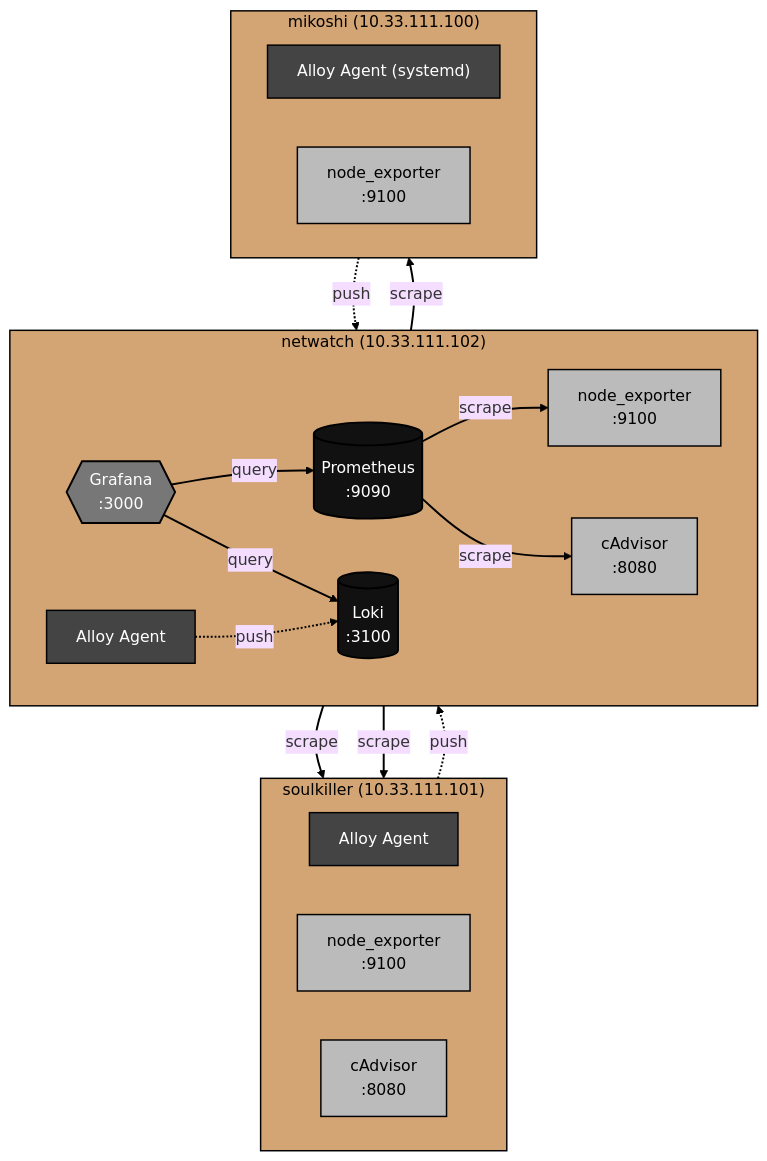
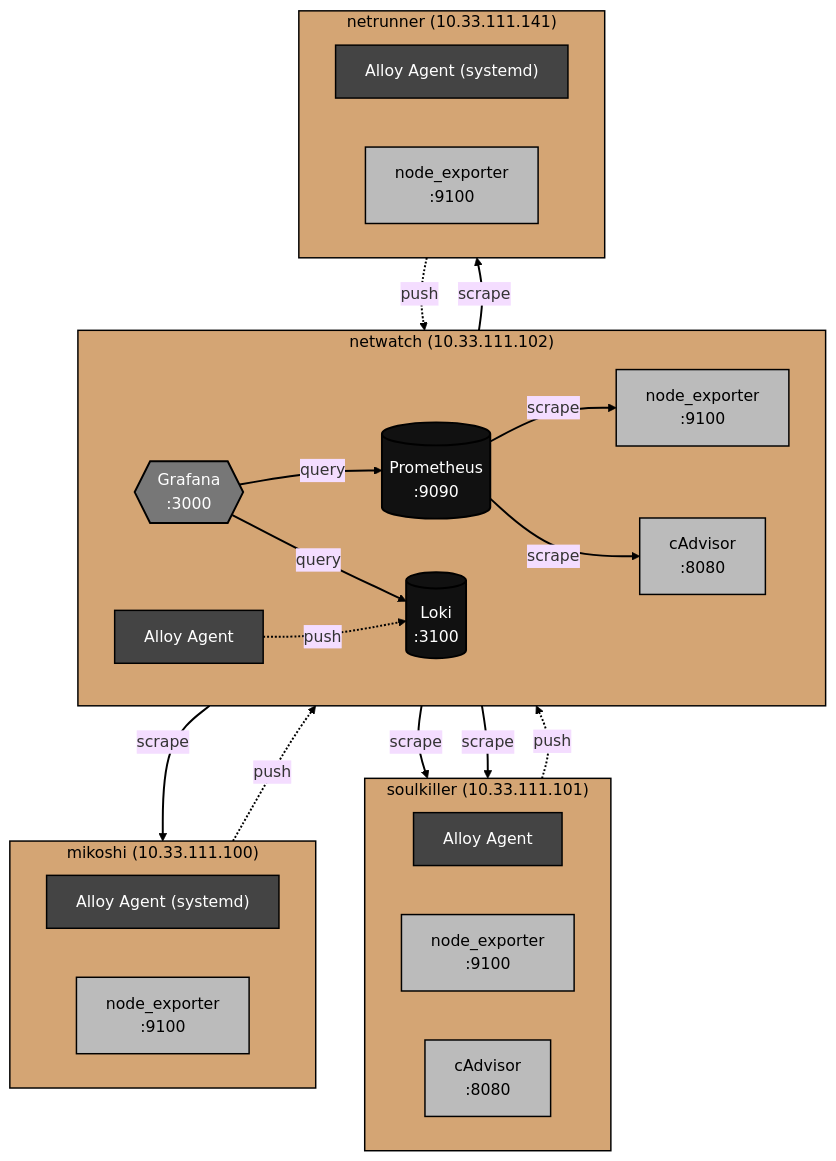
Before and after one commit to arpatek/home.arpa: the diagram in monitoring/docs/architecture.md, drawn with Mermaid (base theme). The commit also changed other lines of this file, not shown here.

First line of the commit message:
docs(monitoring): add netrunner to architecture documentation

````diff
--- a/monitoring/docs/architecture.md
+++ b/monitoring/docs/architecture.md
@@ -43,51 +43,59 @@
 ```mermaid
 flowchart TB
     subgraph MON["netwatch (10.33.111.102)"]
         direction LR
         PROM[(Prometheus<br/>:9090)]
         LOKI[(Loki<br/>:3100)]
         GRAF{{Grafana<br/>:3000}}
         M_ALLOY[Alloy Agent]
         M_NODE[node_exporter<br/>:9100]
         M_CAD[cAdvisor<br/>:8080]
     end
 
     subgraph GIT["soulkiller (10.33.111.101)"]
         direction LR
         G_ALLOY[Alloy Agent]
         G_NODE[node_exporter<br/>:9100]
         G_CAD[cAdvisor<br/>:8080]
     end
 
     subgraph IPA["mikoshi (10.33.111.100)"]
         direction LR
         I_ALLOY["Alloy Agent (systemd)"]
         I_NODE[node_exporter<br/>:9100]
     end
 
+    subgraph RPI["netrunner (10.33.111.141)"]
+        direction LR
+        R_ALLOY["Alloy Agent (systemd)"]
+        R_NODE[node_exporter<br/>:9100]
+    end
+
     PROM -->|scrape| M_NODE
     PROM -->|scrape| M_CAD
     PROM -->|scrape| G_NODE
     PROM -->|scrape| G_CAD
     PROM -->|scrape| I_NODE
+    PROM -->|scrape| R_NODE
 
     M_ALLOY -.->|push| LOKI
     G_ALLOY -.->|push| LOKI
     I_ALLOY -.->|push| LOKI
+    R_ALLOY -.->|push| LOKI
 
     GRAF -->|query| PROM
     GRAF -->|query| LOKI
 
     linkStyle default stroke:#000000,stroke-width:2px;
 
     classDef core fill:#111111,stroke:#000000,color:#ffffff,stroke-width:2px;
     classDef agent fill:#444444,stroke:#000000,color:#ffffff,stroke-width:1.5px;
     classDef exporter fill:#bbbbbb,stroke:#000000,color:#000000,stroke-width:1.5px;
     classDef viz fill:#777777,stroke:#000000,color:#ffffff,stroke-width:2px;
     classDef hostlabel fill:#d4a574,stroke:#000000,color:#000000,stroke-width:1.5px;
     class PROM,LOKI core;
     class GRAF viz;
-    class M_ALLOY,G_ALLOY,I_ALLOY agent;
-    class M_NODE,M_CAD,G_NODE,G_CAD,I_NODE exporter;
-    class MON,GIT,IPA hostlabel;
+    class M_ALLOY,G_ALLOY,I_ALLOY,R_ALLOY agent;
+    class M_NODE,M_CAD,G_NODE,G_CAD,I_NODE,R_NODE exporter;
+    class MON,GIT,IPA,RPI hostlabel;
 ```
````
